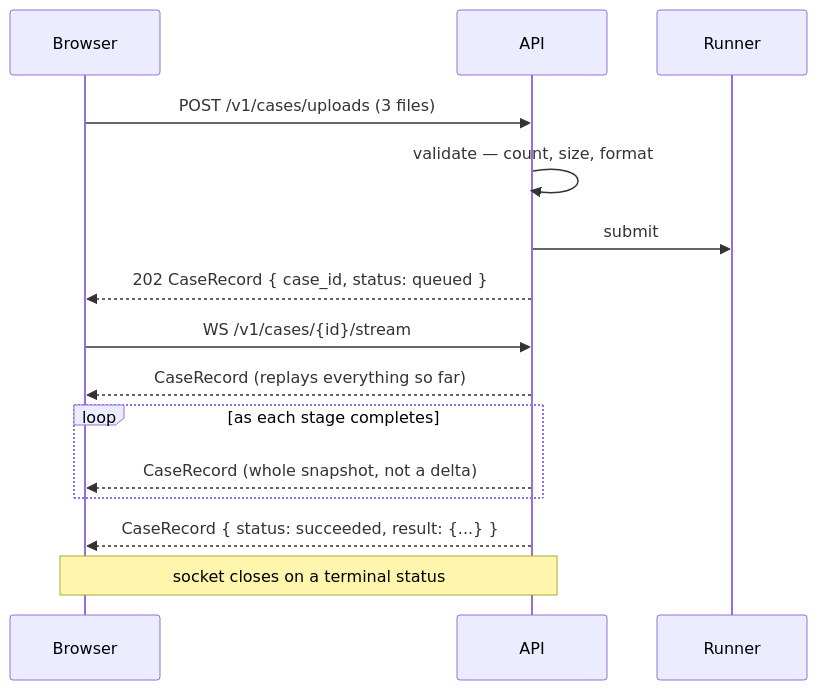
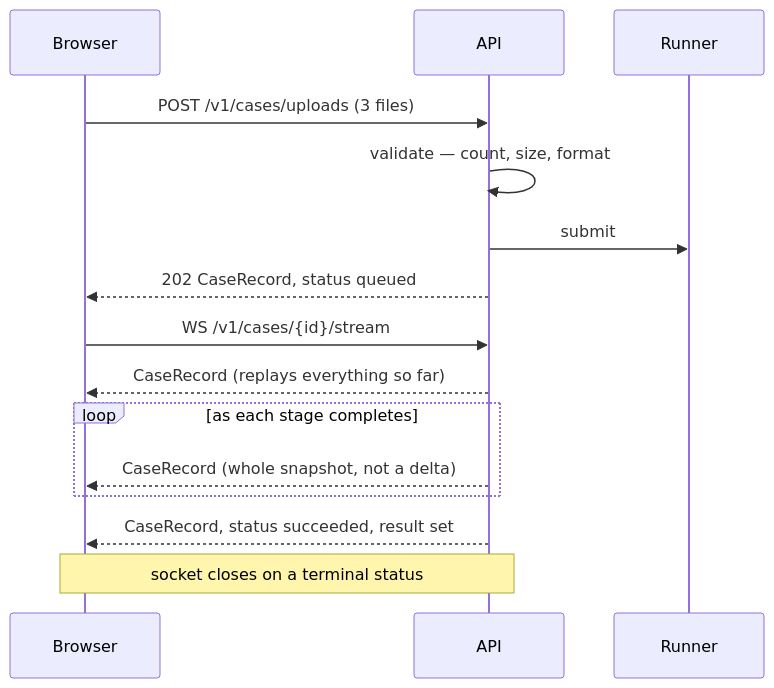
The second of 5 diagrams in backend/Detector/api/README.md (selvakumarperumal/Trade_Finance_Doc_Mismatch_Detector), drawn with Mermaid before and after one commit. The commit also changed other lines of this file and 5 other files, not shown here.

Commit message:
docs: enrich ARCHITECTURE.md and subpackage READMEs with diagrams and technical deep dives

````diff
--- a/backend/Detector/api/README.md
+++ b/backend/Detector/api/README.md
@@ -42,17 +37,17 @@
 ```mermaid
 sequenceDiagram
     participant B as Browser
     participant A as API
     participant R as Runner
     B->>A: POST /v1/cases/uploads (3 files)
     A->>A: validate — count, size, format
     A->>R: submit
-    A-->>B: 202 CaseRecord { case_id, status: queued }
+    A-->>B: 202 CaseRecord, status queued
     B->>A: WS /v1/cases/{id}/stream
     A-->>B: CaseRecord (replays everything so far)
     loop as each stage completes
         A-->>B: CaseRecord (whole snapshot, not a delta)
     end
-    A-->>B: CaseRecord { status: succeeded, result: {...} }
+    A-->>B: CaseRecord, status succeeded, result set
     Note over B,A: socket closes on a terminal status
 ```
````
